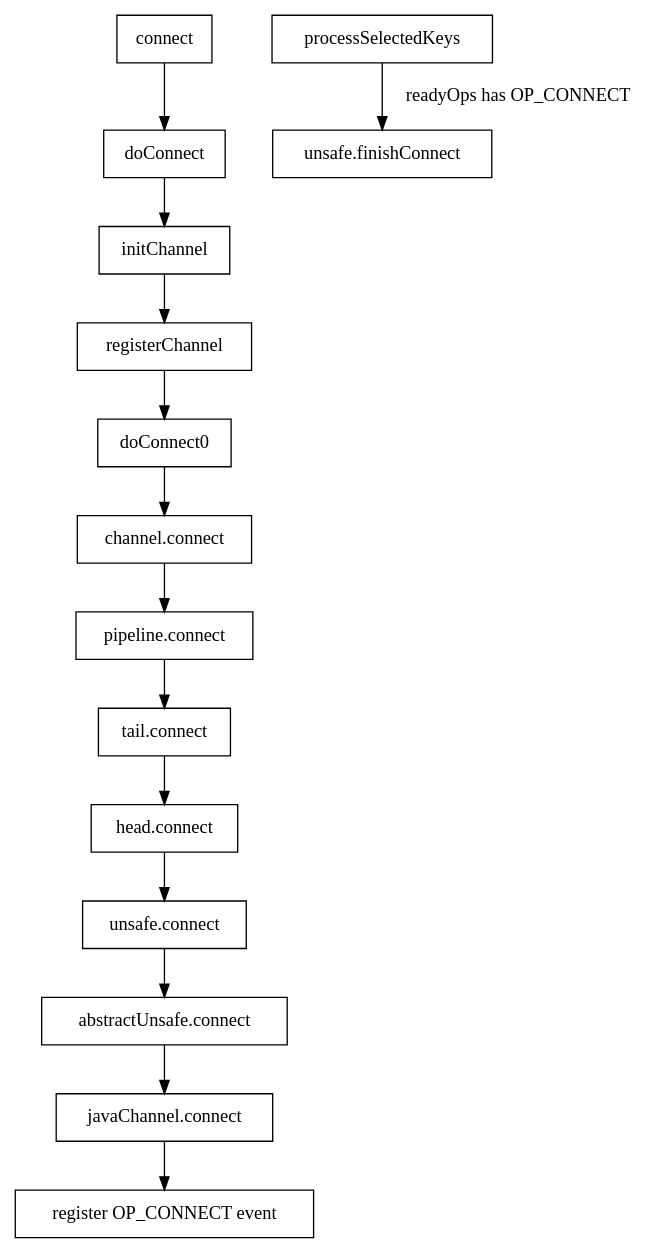
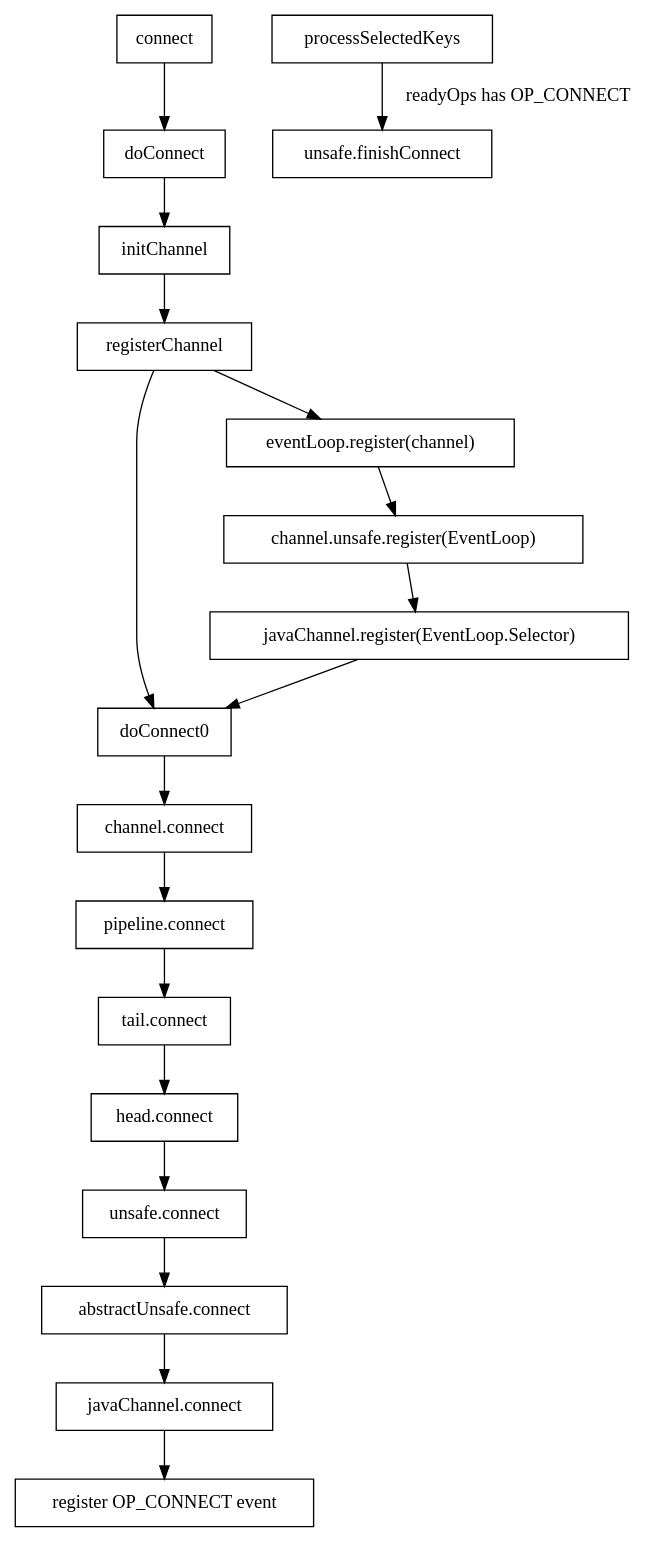
Before and after one commit to ChinaXing/chinaxing.github.com: the second of 3 diagrams in org/articles/Java/2015-02-21-netty-boostrap.org, drawn with Graphviz. The commit also changed 130 other files, not shown here.

```diff
--- a/org/articles/Java/2015-02-21-netty-boostrap.org
+++ b/org/articles/Java/2015-02-21-netty-boostrap.org
@@ -63,13 +63,14 @@
 #+BEGIN_SRC dot :file ../../img/netty-bootstrap-client-connect.png :cmdline -T png  -Gdpi=300 :eval no-export :exports results
 digraph connect {
 	node [shape = box ]
         nodesep = 0.5
         fontsize = 10
         connect -> doConnect -> initChannel -> registerChannel
         registerChannel -> doConnect0 -> "channel.connect" 
         "channel.connect" -> "pipeline.connect" -> "tail.connect" 
         "tail.connect" -> "head.connect" -> "unsafe.connect" -> "abstractUnsafe.connect"
         "abstractUnsafe.connect" -> "javaChannel.connect" -> "register OP_CONNECT event"
         "processSelectedKeys" -> "unsafe.finishConnect" [ label = "readyOps has OP_CONNECT" ]
+        registerChannel -> "eventLoop.register(channel)" -> "channel.unsafe.register(EventLoop)" -> "javaChannel.register(EventLoop.Selector)" -> doConnect0
 }
 #+END_SRC
```
